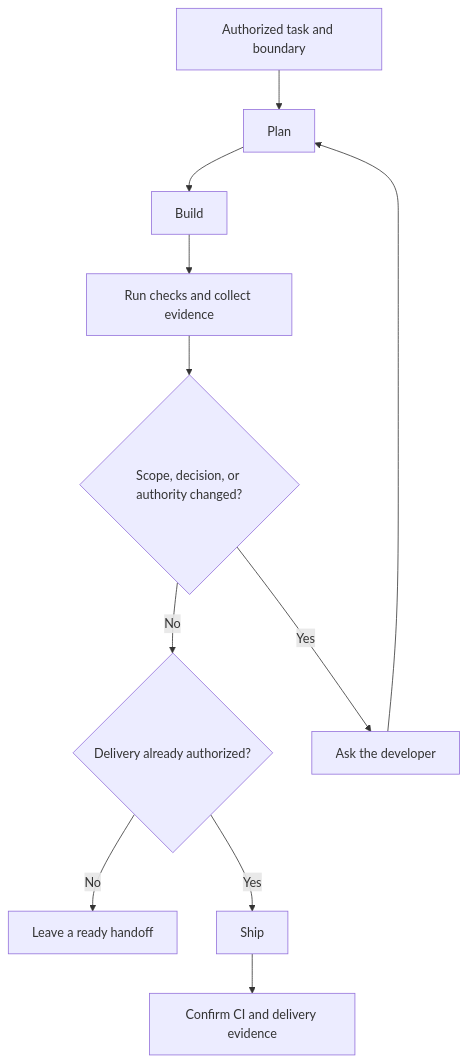
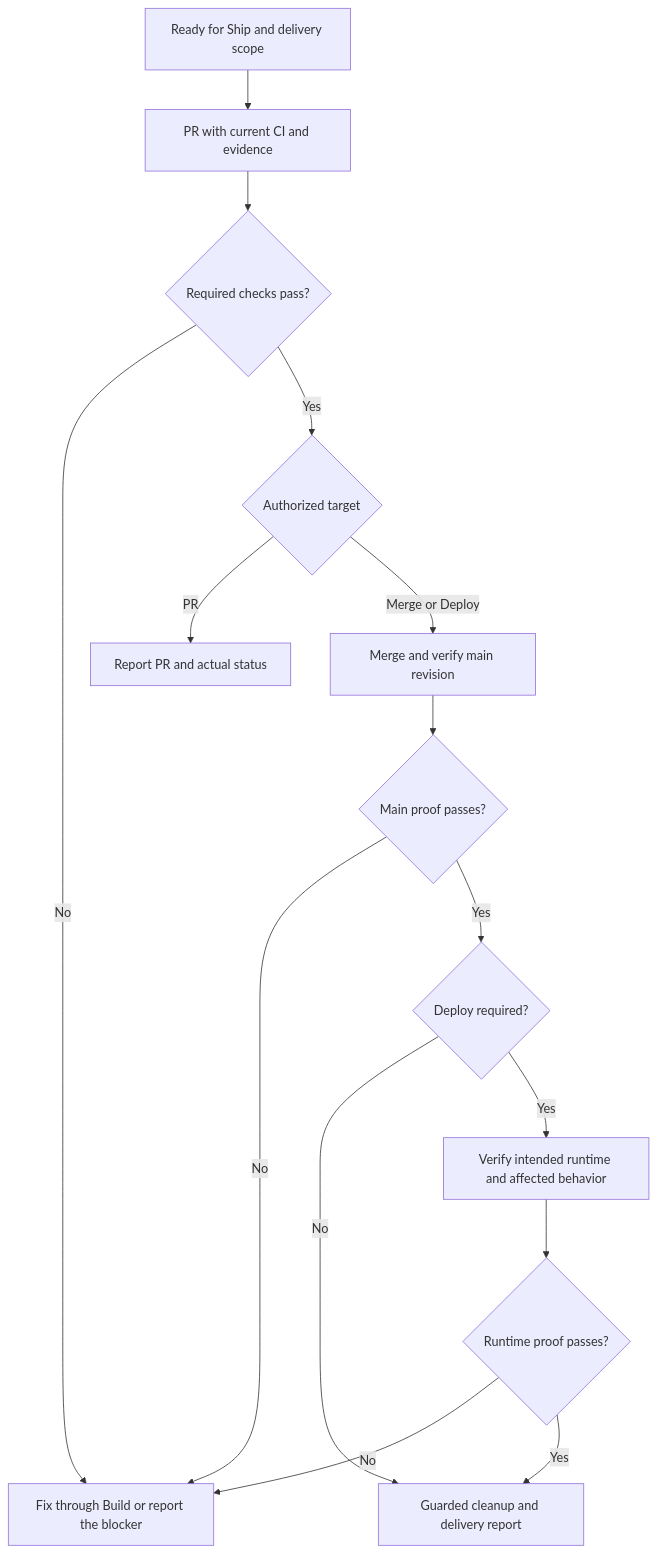
Before and after one commit to sgaabdu4/hard-eng: the fifth of 7 diagrams in README.md, drawn with Mermaid. The commit also changed other lines of this file and 1 other file, not shown here.

Commit message:
Explain the complete workflow with sequential Mermaid diagrams

````diff
--- a/README.md
+++ b/README.md
@@ -123,13 +137,17 @@
 ```mermaid
 flowchart TD
-  A[Authorized task and boundary] --> B[Plan]
-  B --> C[Build]
-  C --> D[Run checks and collect evidence]
-  D --> E{Scope, decision, or authority changed?}
-  E -->|No| F{Delivery already authorized?}
-  E -->|Yes| G[Ask the developer]
-  G --> B
-  F -->|No| H[Leave a ready handoff]
-  F -->|Yes| I[Ship]
-  I --> J[Confirm CI and delivery evidence]
+  A[Ready for Ship and delivery scope] --> B[PR with current CI and evidence]
+  B --> C{Required checks pass?}
+  C -->|No| X[Fix through Build or report the blocker]
+  C -->|Yes| D{Authorized target}
+  D -->|PR| E[Report PR and actual status]
+  D -->|Merge or Deploy| F[Merge and verify main revision]
+  F --> G{Main proof passes?}
+  G -->|No| X
+  G -->|Yes| H{Deploy required?}
+  H -->|No| K[Guarded cleanup and delivery report]
+  H -->|Yes| I[Verify intended runtime and affected behavior]
+  I --> J{Runtime proof passes?}
+  J -->|No| X
+  J -->|Yes| K
 ```
````
